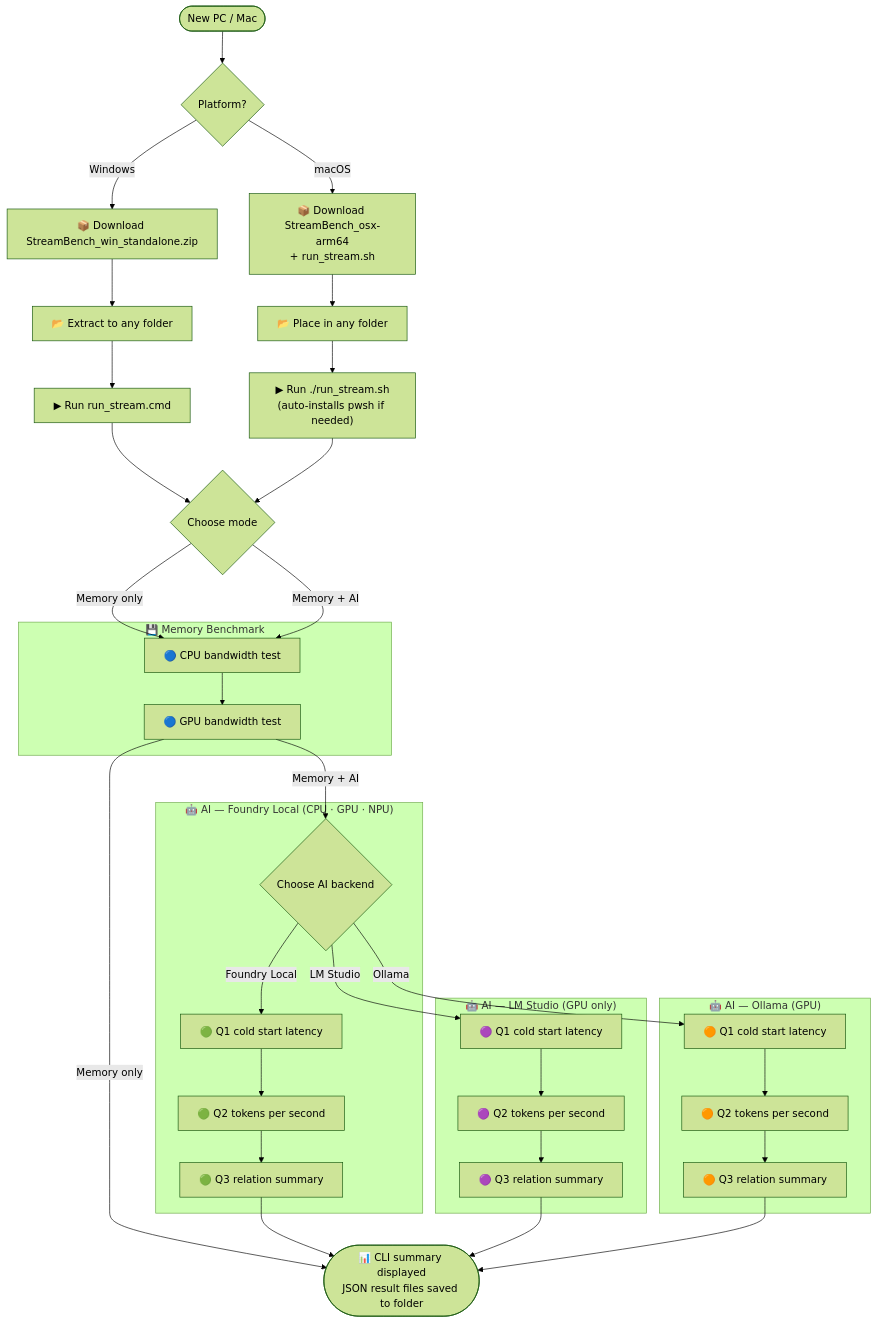
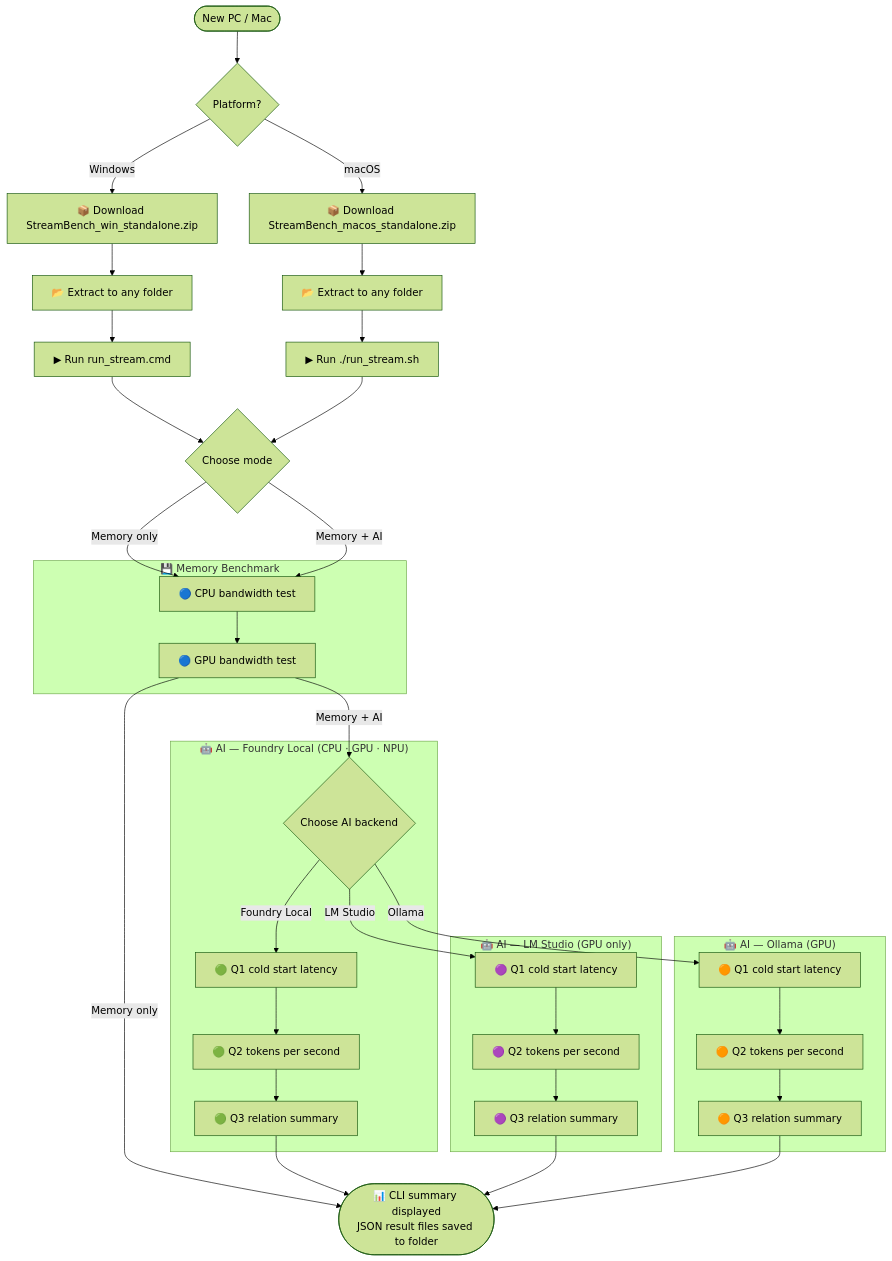
Before and after one commit to tsjeremy/StreamBench: the first of 2 diagrams in README.md, drawn with Mermaid (forest theme). The commit also changed other lines of this file and 1 other file, not shown here.

First line of the commit message:
Add macOS standalone ZIP to release workflow, update README

````diff
--- a/README.md
+++ b/README.md
@@ -111,48 +115,48 @@
 ```mermaid
 flowchart TD
     A([New PC / Mac]) --> P{"Platform?"}
 
     P -->|"Windows"| B["📦 Download StreamBench_win_standalone.zip"]
-    P -->|"macOS"| MB["📦 Download StreamBench_osx-arm64<br/>+ run_stream.sh"]
+    P -->|"macOS"| MB["📦 Download StreamBench_macos_standalone.zip"]
 
     B --> C["📂 Extract to any folder"]
     C --> D["▶ Run run_stream.cmd"]
 
-    MB --> MC["📂 Place in any folder"]
-    MC --> MD["▶ Run ./run_stream.sh<br/>(auto-installs pwsh if needed)"]
+    MB --> MC["📂 Extract to any folder"]
+    MC --> MD["▶ Run ./run_stream.sh"]
 
     D --> E{"Choose mode"}
     MD --> E
 
     subgraph mem ["💾 Memory Benchmark"]
         F["🔵 CPU bandwidth test"] --> G["🔵 GPU bandwidth test"]
     end
 
     E -->|"Memory only"| F
     E -->|"Memory + AI"| F
 
     G -->|"Memory only"| K
     G -->|"Memory + AI"| BE{"Choose AI backend"}
 
     subgraph ai_foundry ["🤖 AI  —  Foundry Local  (CPU · GPU · NPU)"]
         BE -->|"Foundry Local"| FH["🟢 Q1  cold start latency"]
         FH --> FI["🟢 Q2  tokens per second"]
         FI --> FJ["🟢 Q3  relation summary"]
     end
 
     subgraph ai_lms ["🤖 AI  —  LM Studio  (GPU only)"]
         BE -->|"LM Studio"| LH["🟣 Q1  cold start latency"]
         LH --> LI["🟣 Q2  tokens per second"]
         LI --> LJ["🟣 Q3  relation summary"]
     end
 
     subgraph ai_ollama ["🤖 AI  —  Ollama  (GPU)"]
         BE -->|"Ollama"| OH["🟠 Q1  cold start latency"]
         OH --> OI["🟠 Q2  tokens per second"]
         OI --> OJ["🟠 Q3  relation summary"]
     end
 
     FJ --> K(["📊 CLI summary displayed<br/>JSON result files saved to folder"])
     LJ --> K
     OJ --> K
 ```
````
